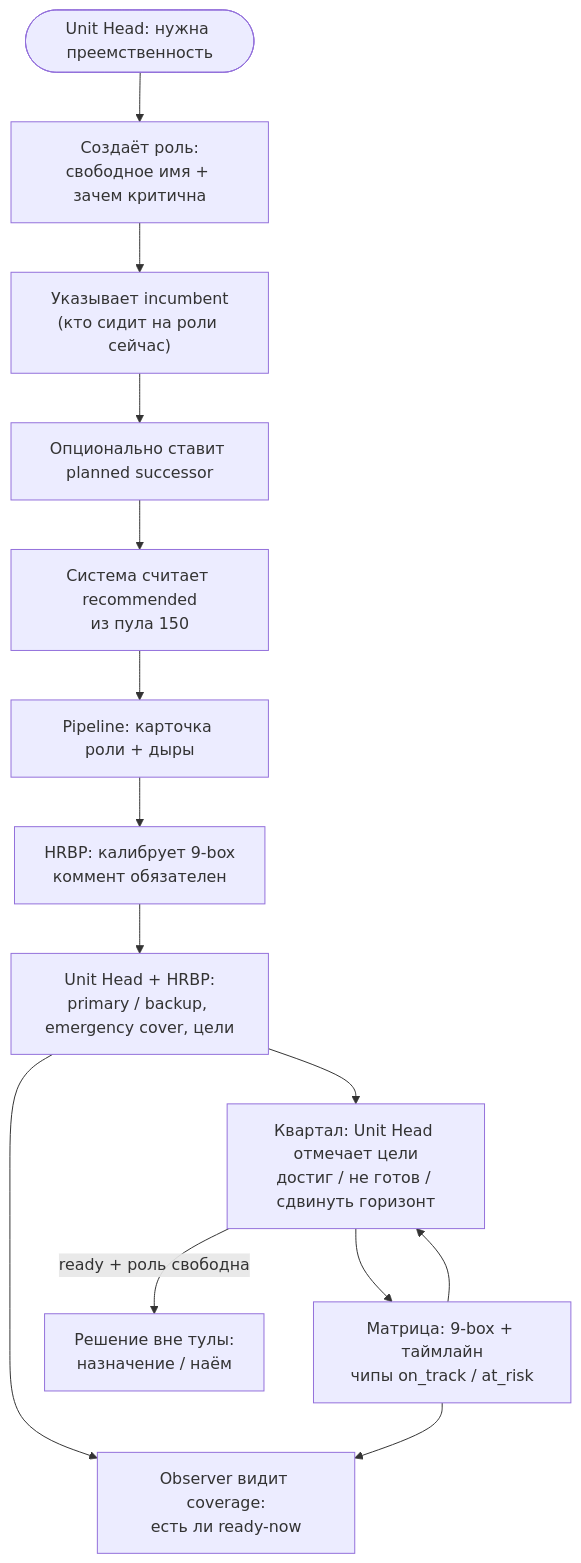
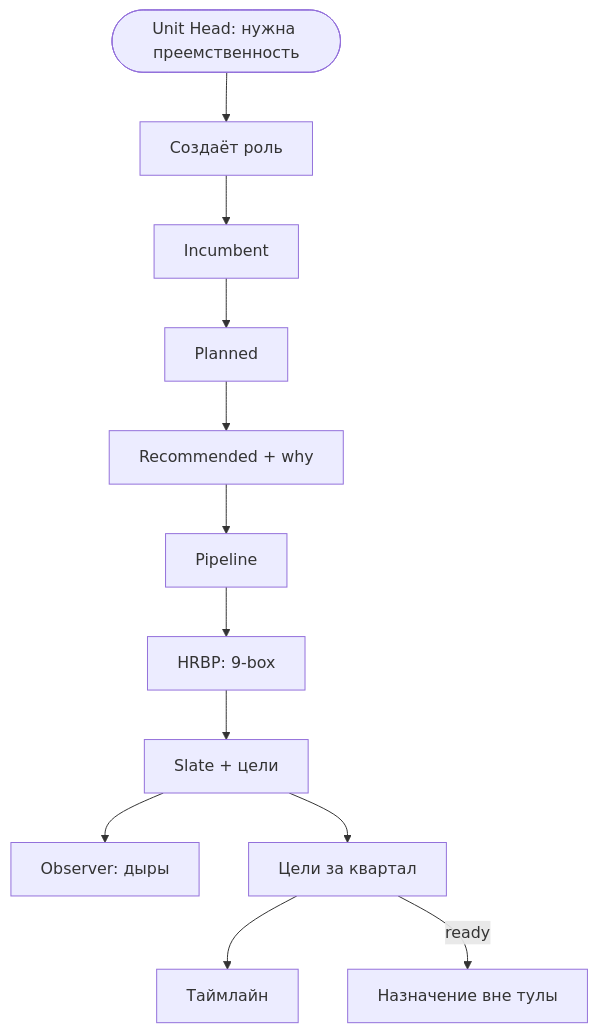
Before and after one commit to camorazrushimoe/successor-planning-prototype: the diagram in README.md, drawn with Mermaid. The commit also changed other lines of this file, not shown here.

````diff
--- a/README.md
+++ b/README.md
@@ -27,19 +27,14 @@
 ```mermaid
 flowchart TD
-  start([Unit Head: нужна преемственность]) --> create["Создаёт роль:\nсвободное имя + зачем критична"]
-  create --> inc["Указывает incumbent\n(кто сидит на роли сейчас)"]
-  inc --> planned["Опционально ставит planned successor"]
-  planned --> rec["Система считает recommended\nиз пула 150"]
-  rec --> board[Pipeline: карточка роли + дыры]
-
-  board --> hr[HRBP: калибрует 9-box\nкоммент обязателен]
-  hr --> slate[Unit Head + HRBP:\nprimary / backup, emergency cover, цели]
-  slate --> obs[Observer видит coverage:\nесть ли ready-now]
-
-  slate --> q["Квартал: Unit Head отмечает цели\nдостиг / не готов / сдвинуть горизонт"]
-  q --> matrix[Матрица: 9-box + таймлайн\nчипы on_track / at_risk]
-  matrix --> q
-  matrix --> obs
-
-  q -->|ready + роль свободна| decision[Решение вне тулы:\nназначение / наём]
+  start([Unit Head: нужна преемственность]) --> create[Создаёт роль]
+  create --> inc[Incumbent]
+  inc --> planned[Planned]
+  planned --> rec[Recommended + why]
+  rec --> board[Pipeline]
+  board --> hr[HRBP: 9-box]
+  hr --> slate[Slate + цели]
+  slate --> obs[Observer: дыры]
+  slate --> q[Цели за квартал]
+  q --> matrix[Таймлайн]
+  q -->|ready| decision[Назначение вне тулы]
 ```
````
